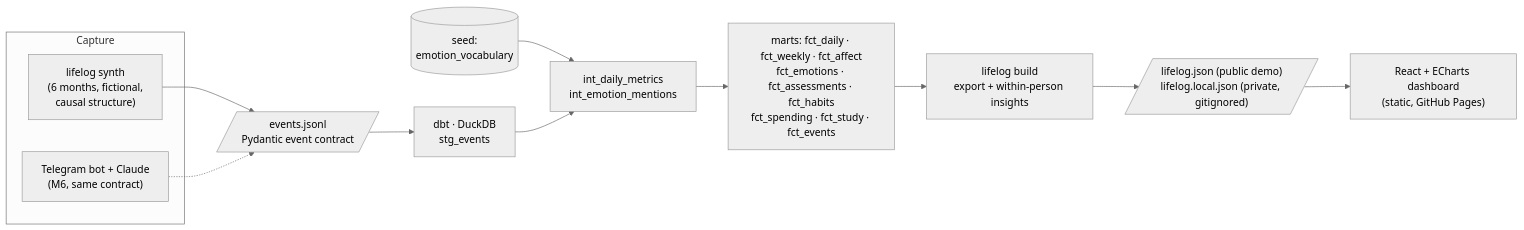
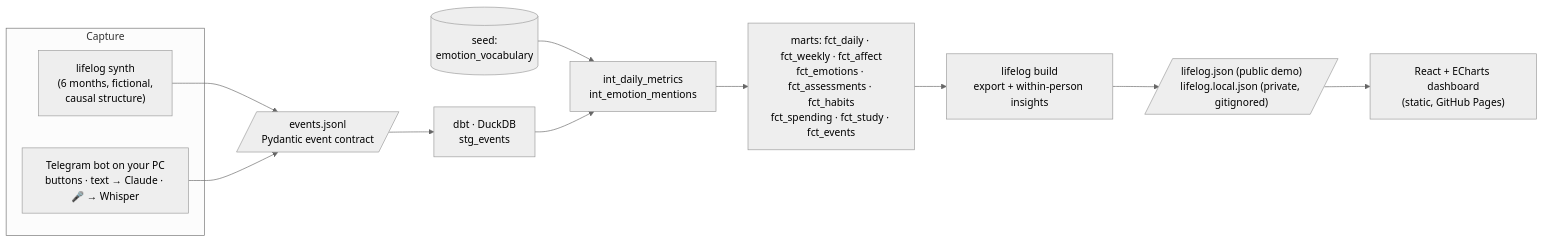
Before and after one commit to lucasnardivieira/lifelog-ai: the diagram in README.md, drawn with Mermaid (neutral theme). The commit also changed other lines of this file and 28 other files, not shown here.

First line of the commit message:
feat: Telegram bot that runs locally and feeds the dashboard (M6)

````diff
--- a/README.md
+++ b/README.md
@@ -45,16 +45,16 @@
 ```mermaid
 flowchart LR
     subgraph capture["Capture"]
         S["lifelog synth<br/>(6 months, fictional,<br/>causal structure)"]
-        B["Telegram bot + Claude<br/>(M6, same contract)"]
+        B["Telegram bot on your PC<br/>buttons · text → Claude · 🎤 → Whisper"]
     end
     S --> E[/"events.jsonl<br/>Pydantic event contract"/]
-    B -.-> E
+    B --> E
     E --> STG["dbt · DuckDB<br/>stg_events"]
     SEED[("seed:<br/>emotion_vocabulary")] --> INT
     STG --> INT["int_daily_metrics<br/>int_emotion_mentions"]
     INT --> M["marts: fct_daily · fct_weekly · fct_affect<br/>fct_emotions · fct_assessments · fct_habits<br/>fct_spending · fct_study · fct_events"]
     M --> X["lifelog build<br/>export + within-person insights"]
     X --> J[/"lifelog.json (public demo)<br/>lifelog.local.json (private, gitignored)"/]
     J --> W["React + ECharts dashboard<br/>(static, GitHub Pages)"]
 ```
````
